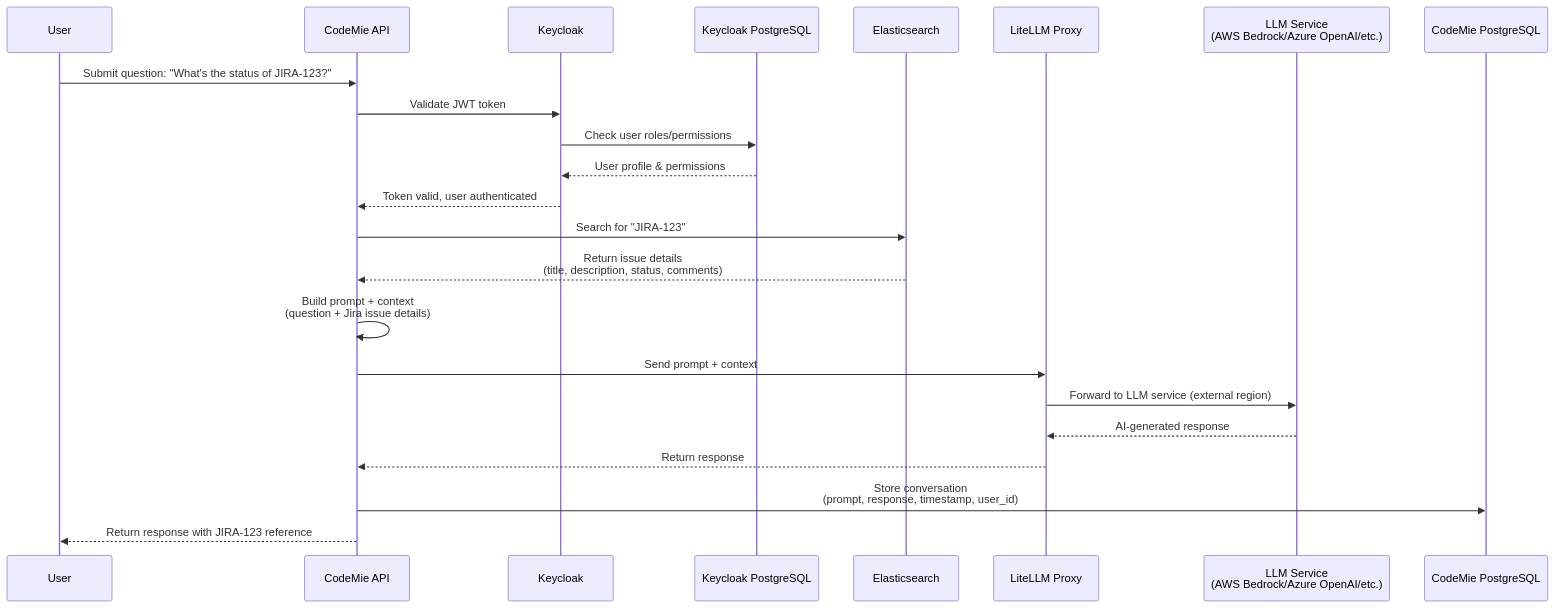
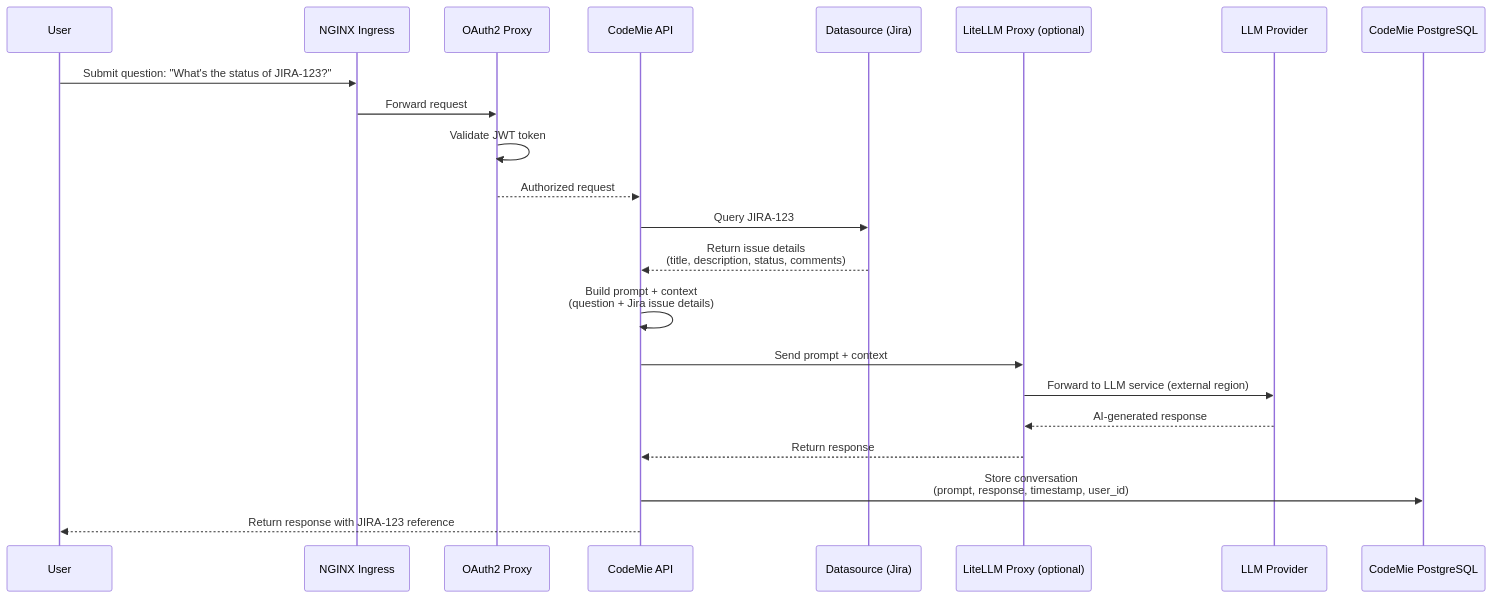
The fourth of 4 diagrams in docs/admin/security/data-processing-storage.md (codemie-ai/docs), drawn with Mermaid before and after one commit. The commit also changed other lines of this file, not shown here.

Commit message:
docs: update the second part of the doc except the last diagram and table

````diff
--- a/docs/admin/security/data-processing-storage.md
+++ b/docs/admin/security/data-processing-storage.md
@@ -293,31 +282,30 @@
 ```mermaid
 sequenceDiagram
   participant User
+  participant NGINX as NGINX Ingress
+  participant OAuth as OAuth2 Proxy
   participant API as CodeMie API
-  participant Keycloak
-  participant KCDB as Keycloak PostgreSQL
-  participant ES as Elasticsearch
-  participant LiteLLM as LiteLLM Proxy
-  participant LLM as LLM Service<br/>(AWS Bedrock/Azure OpenAI/etc.)
+  participant Jira as Datasource (Jira)
+  participant LiteLLM as LiteLLM Proxy (optional)
+  participant LLM as LLM Provider
   participant CodeMieDB as CodeMie PostgreSQL
 
-  User->>API: Submit question: "What's the status of JIRA-123?"
-  API->>Keycloak: Validate JWT token
-  Keycloak->>KCDB: Check user roles/permissions
-  KCDB-->>Keycloak: User profile & permissions
-  Keycloak-->>API: Token valid, user authenticated
+  User->>NGINX: Submit question: "What's the status of JIRA-123?"
+  NGINX->>OAuth: Forward request
+  OAuth->>OAuth: Validate JWT token
+  OAuth-->>API: Authorized request
 
-  API->>ES: Search for "JIRA-123"
-  ES-->>API: Return issue details<br/>(title, description, status, comments)
+  API->>Jira: Query JIRA-123
+  Jira-->>API: Return issue details<br/>(title, description, status, comments)
 
   API->>API: Build prompt + context<br/>(question + Jira issue details)
 
   API->>LiteLLM: Send prompt + context
   LiteLLM->>LLM: Forward to LLM service (external region)
   LLM-->>LiteLLM: AI-generated response
   LiteLLM-->>API: Return response
 
   API->>CodeMieDB: Store conversation<br/>(prompt, response, timestamp, user_id)
 
   API-->>User: Return response with JIRA-123 reference
 ```
````
